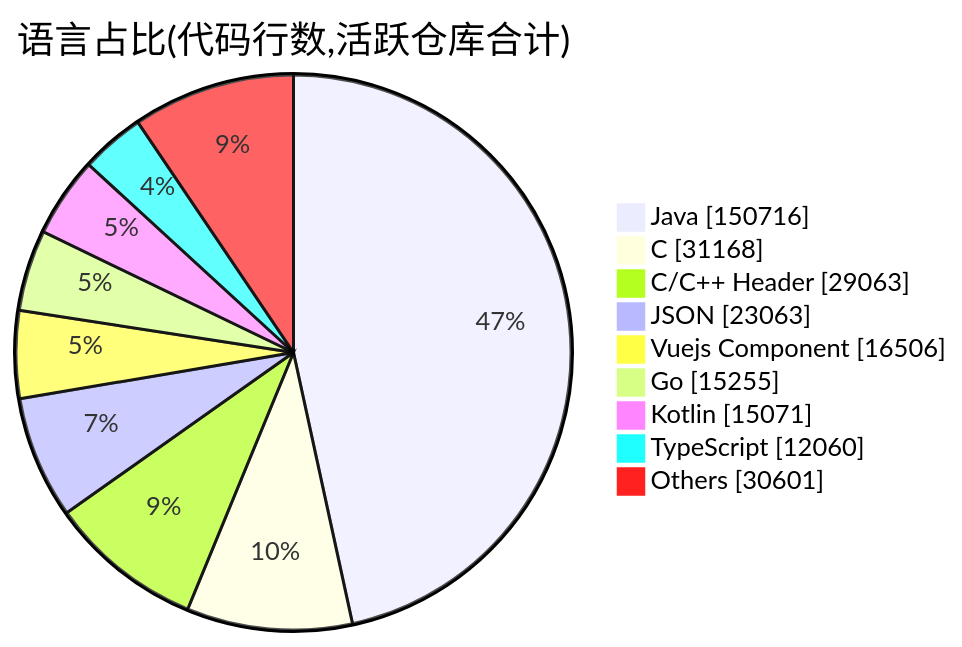
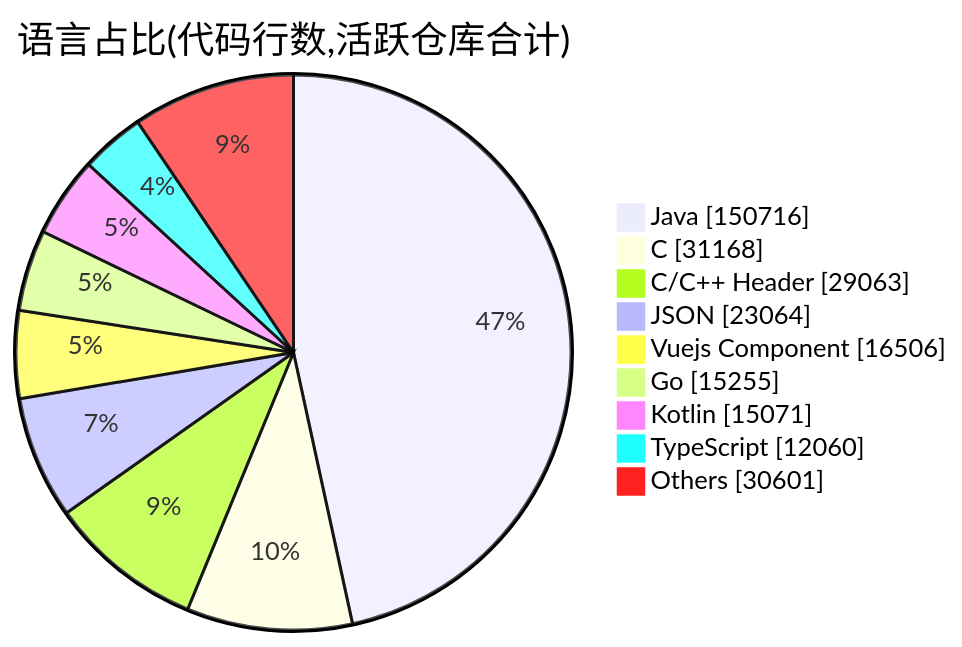
Before and after one commit to Conflux-Union/.github: the second of 2 diagrams in profile/README.md, drawn with Mermaid. The commit also changed other lines of this file and 1 other file, not shown here.

````diff
--- a/profile/README.md
+++ b/profile/README.md
@@ -78,13 +78,13 @@
 ```mermaid
 pie showData
     title 语言占比(代码行数,活跃仓库合计)
     "Java" : 150716
     "C" : 31168
     "C/C++ Header" : 29063
-    "JSON" : 23063
+    "JSON" : 23064
     "Vuejs Component" : 16506
     "Go" : 15255
     "Kotlin" : 15071
     "TypeScript" : 12060
     "Others" : 30601
 ```
````
